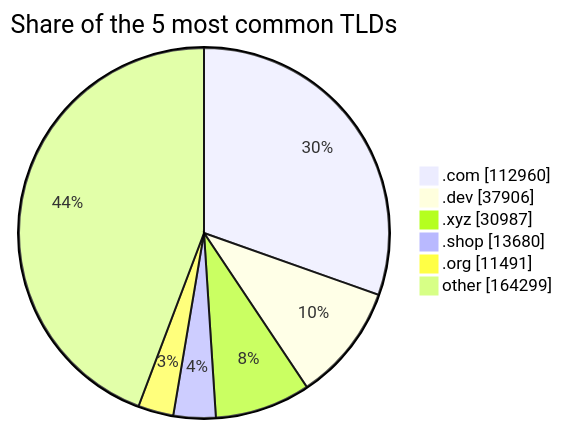
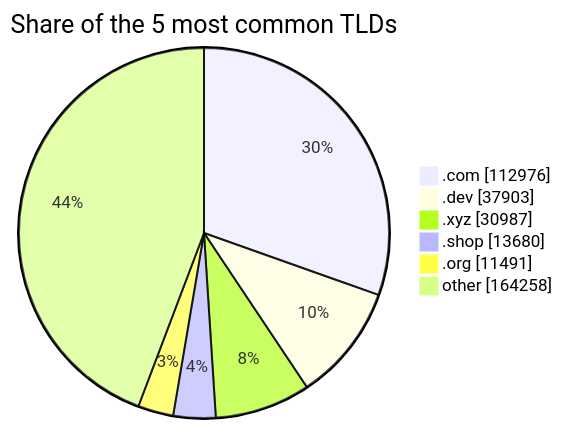
Before and after one commit to DNSBunker/CTI: the third of 3 diagrams in README.md, drawn with Mermaid. The commit also changed other lines of this file and 3 other files, not shown here.

````diff
--- a/README.md
+++ b/README.md
@@ -81,9 +81,9 @@
 ```mermaid
 pie showData title Share of the 5 most common TLDs
-    ".com" : 112960
-    ".dev" : 37906
+    ".com" : 112976
+    ".dev" : 37903
     ".xyz" : 30987
     ".shop" : 13680
     ".org" : 11491
-    "other" : 164299
+    "other" : 164258
 ```
````
